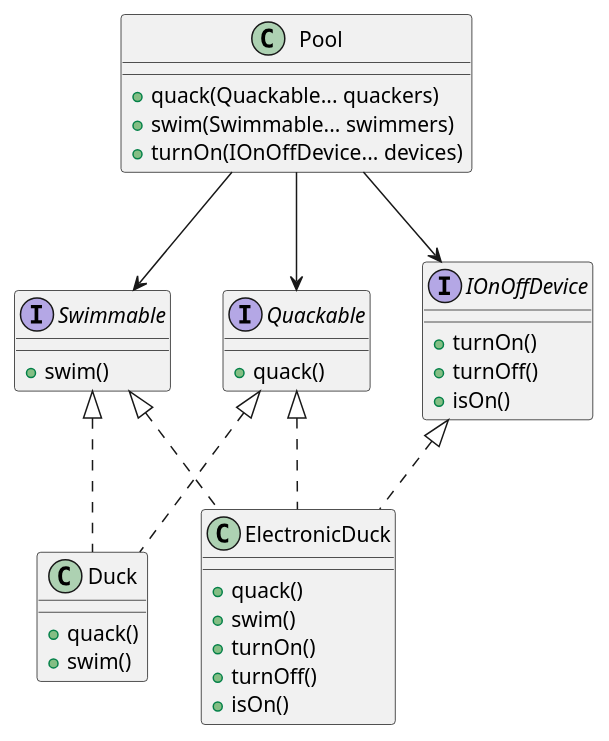
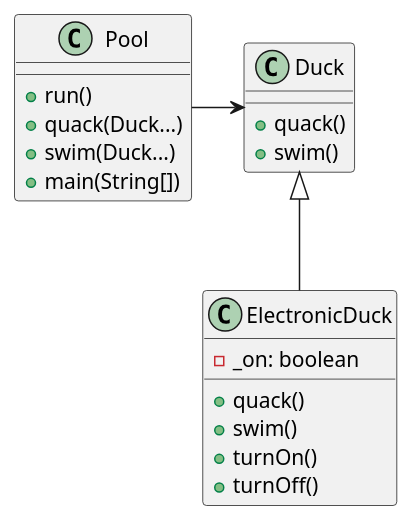
Before and after one commit to MedAzizKhayati/SOLID: the diagram in LSP/src/com/directi/training/lsp/exercise_refactored/uml.wsd, drawn with PlantUML. The commit also changed 7 other files, not shown here.

```diff
--- a/LSP/src/com/directi/training/lsp/exercise_refactored/uml.wsd
+++ b/LSP/src/com/directi/training/lsp/exercise_refactored/uml.wsd
@@ -1,39 +1,24 @@
 @startuml lsp
-interface Quackable {
-    +quack()
+class Duck {
+  +quack()
+  +swim()
 }
 
-interface Swimmable {
-    +swim()
-}
-
-interface IOnOffDevice {
-    +turnOn()
-    +turnOff()
-    +isOn()
-}
-
-class Duck implements Quackable, Swimmable {
-    +quack()
-    +swim()
-}
-
-class ElectronicDuck implements Quackable, Swimmable, IOnOffDevice {
-    +quack()
-    +swim()
-    +turnOn()
-    +turnOff()
-    +isOn()
+class ElectronicDuck {
+  -_on: boolean
+  +quack()
+  +swim()
+  +turnOn()
+  +turnOff()
 }
 
 class Pool {
-    +quack(Quackable... quackers)
-    +swim(Swimmable... swimmers)
-    +turnOn(IOnOffDevice... devices)
+  +run()
+  +quack(Duck...)
+  +swim(Duck...)
+  +main(String[])
 }
 
-Pool --> Swimmable
-Pool --> Quackable
-Pool --> IOnOffDevice
-
+Duck <|-- ElectronicDuck
+Pool -> Duck
 @enduml
```
